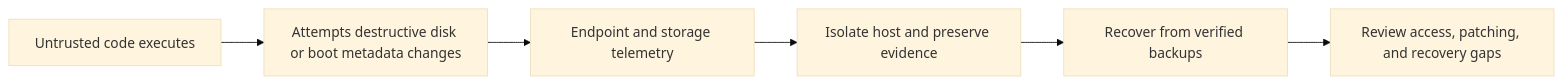
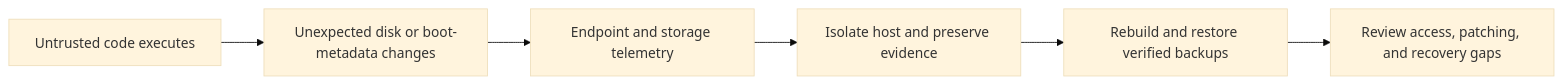
The second of 2 diagrams in ENHANCED_MASTER_GUIDE.md (Pnwcomputers/ULTIMATE-CYBERSECURITY-MASTER-GUIDE), drawn with Mermaid (base theme) before and after one commit. The commit also changed other lines of this file and 1 other file, not shown here.

````diff
--- a/ENHANCED_MASTER_GUIDE.md
+++ b/ENHANCED_MASTER_GUIDE.md
@@ -1366,8 +1344,8 @@
 ```mermaid
 flowchart LR
-    Execution[Untrusted code executes] --> Disk[Attempts destructive disk or boot metadata changes]
+    Execution[Untrusted code executes] --> Disk[Unexpected disk or boot-metadata changes]
     Disk --> Alert[Endpoint and storage telemetry]
     Alert --> Isolate[Isolate host and preserve evidence]
-    Isolate --> Restore[Recover from verified backups]
+    Isolate --> Restore[Rebuild and restore verified backups]
     Restore --> Review[Review access, patching, and recovery gaps]
 ```
````
